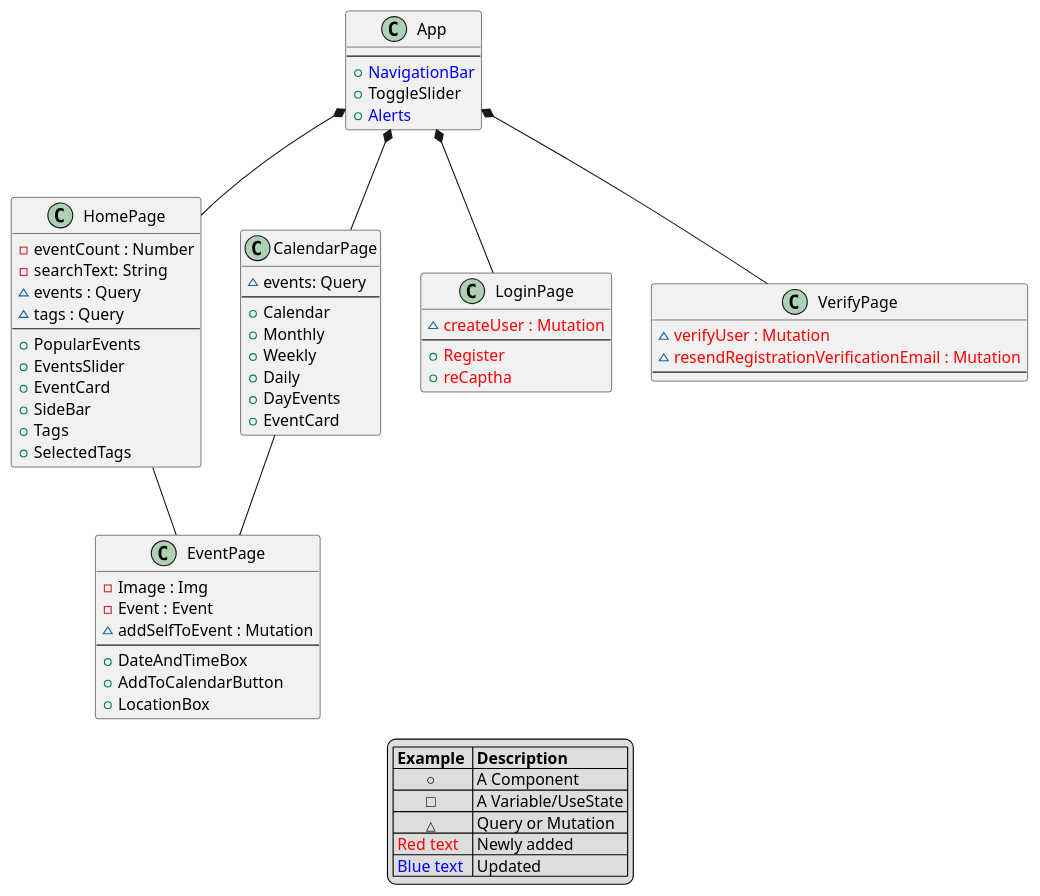
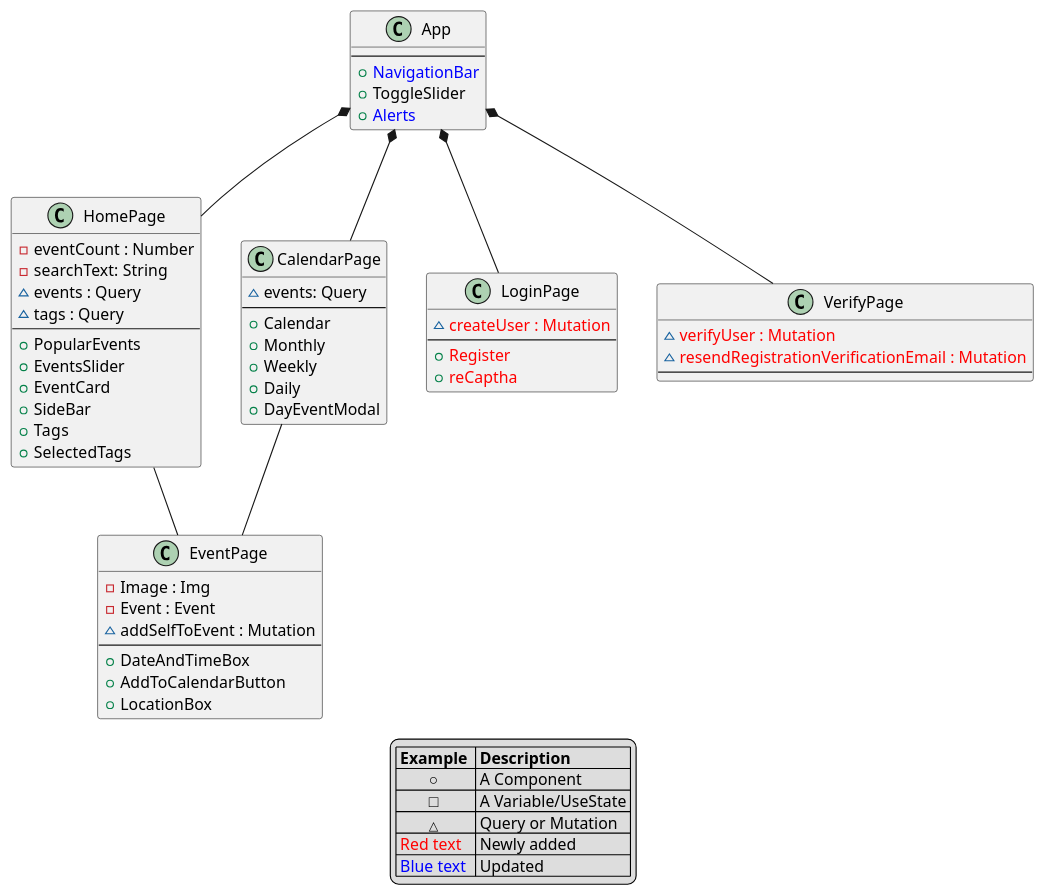
The diagram in UML FE/CD_FE_US9.puml (oscarboe/Studieforeningskalender_Front_end), drawn with PlantUML before and after one commit. The commit also changed 30 other files, not shown here.

```diff
--- a/UML FE/CD_FE_US9.puml
+++ b/UML FE/CD_FE_US9.puml
@@ -1,68 +1,67 @@
 @startuml FrontEndClassDiagram
 class HomePage {
     - eventCount : Number
     - searchText: String
     ~ events : Query
     ~ tags : Query
     --
     + PopularEvents
     + EventsSlider
     + EventCard
     + SideBar
     + Tags 
     + SelectedTags
 }
 
 class App {
     --
     + <color:blue>NavigationBar
     + ToggleSlider
     + <color:blue>Alerts
 }
 class CalendarPage {
     ~ events: Query
     --
     + Calendar
     + Monthly
     + Weekly
     + Daily
-    + DayEvents
-    + EventCard
+    + DayEventModal    
 }
 class EventPage {
     -Image : Img
     -Event : Event
     ~addSelfToEvent : Mutation
     --
     + DateAndTimeBox
     + AddToCalendarButton
     + LocationBox
 }
 class LoginPage {
     ~ <color:red>createUser : Mutation
     --
     +<color:red>Register
     +<color:red>reCaptha
     }
     class VerifyPage {
     ~ <color:red>verifyUser : Mutation
     ~ <color:red>resendRegistrationVerificationEmail : Mutation
     --
 }
 
 App*-- HomePage 
 App*-- CalendarPage   
 App*-- LoginPage
 App*-- VerifyPage
 HomePage-- EventPage
 CalendarPage-- EventPage
 
 legend
     |= Example  |= Description |
     |        ○ | A Component |
     |        □ | A Variable/UseState |
     |        <size:11>△ | Query or Mutation |
     |<color:red> Red text | Newly added|
     |<color:blue> Blue text | Updated |
 endlegend
 @enduml
```
